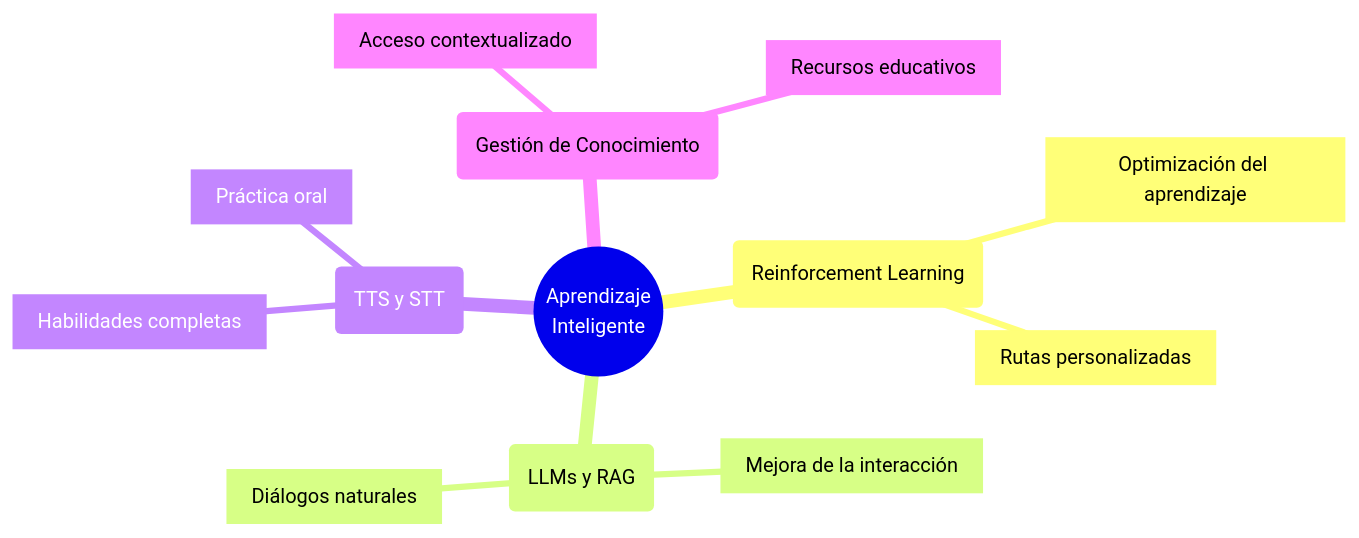
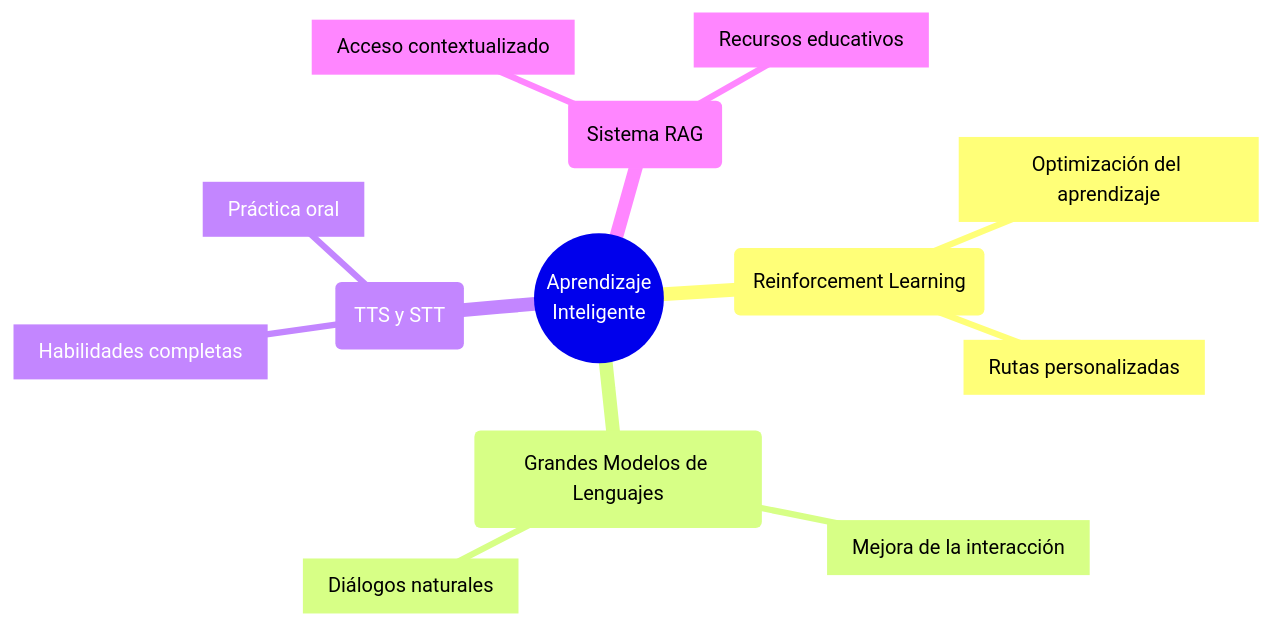
The fourth of 11 diagrams in slides.md (EmaSuriano/language-learning-slidev), drawn with Mermaid before and after one commit. The commit also changed other lines of this file, not shown here.

````diff
--- a/slides.md
+++ b/slides.md
@@ -131,16 +173,16 @@
 ```mermaid
 mindmap
   root((Aprendizaje<br/>Inteligente))
     (Reinforcement Learning)
       [Optimización del aprendizaje]
       [Rutas personalizadas]
-    (LLMs y RAG)
+    (Grandes Modelos de Lenguajes)
       [Mejora de la interacción]
       [Diálogos naturales]
     (TTS y STT)
       [Habilidades completas]
       [Práctica oral]
-    (Gestión de Conocimiento)
+    (Sistema RAG)
       [Acceso contextualizado]
       [Recursos educativos]
 ```
````
